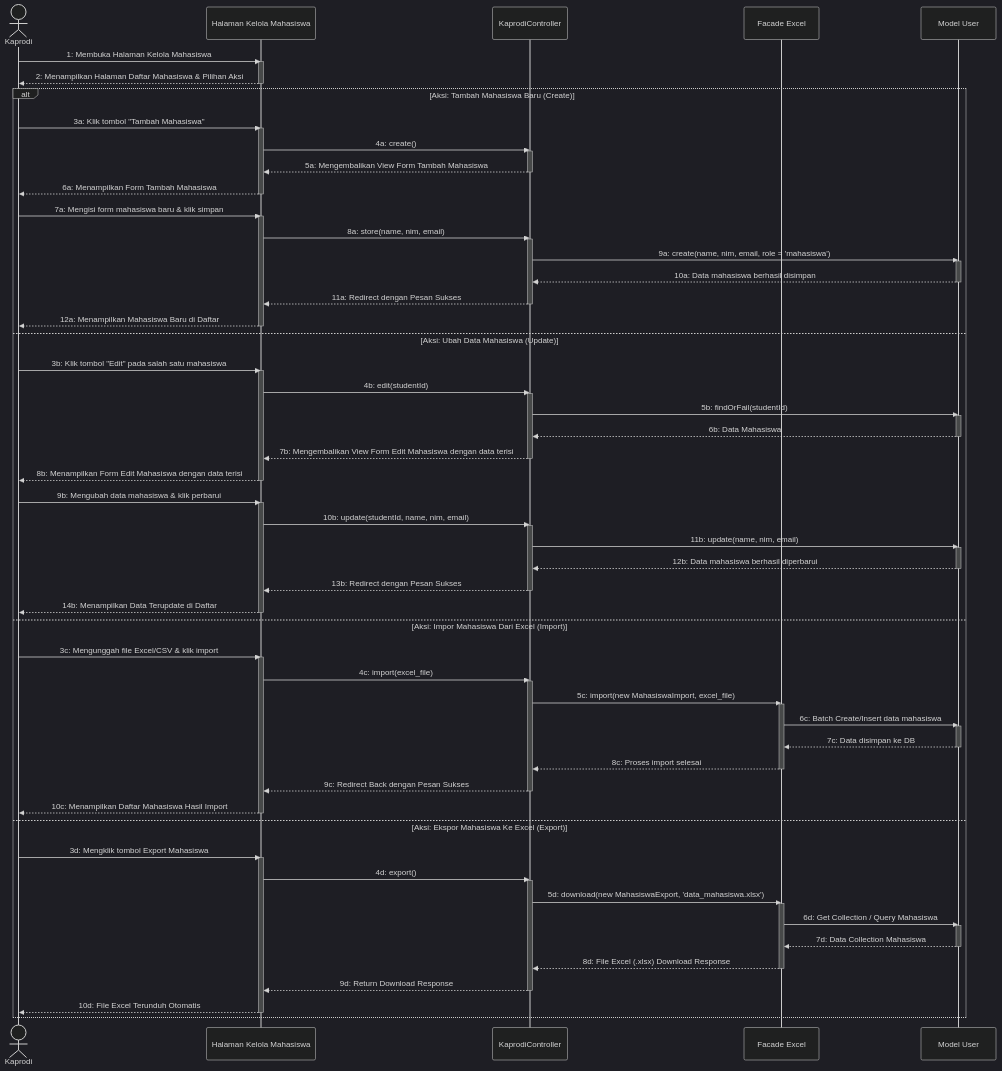
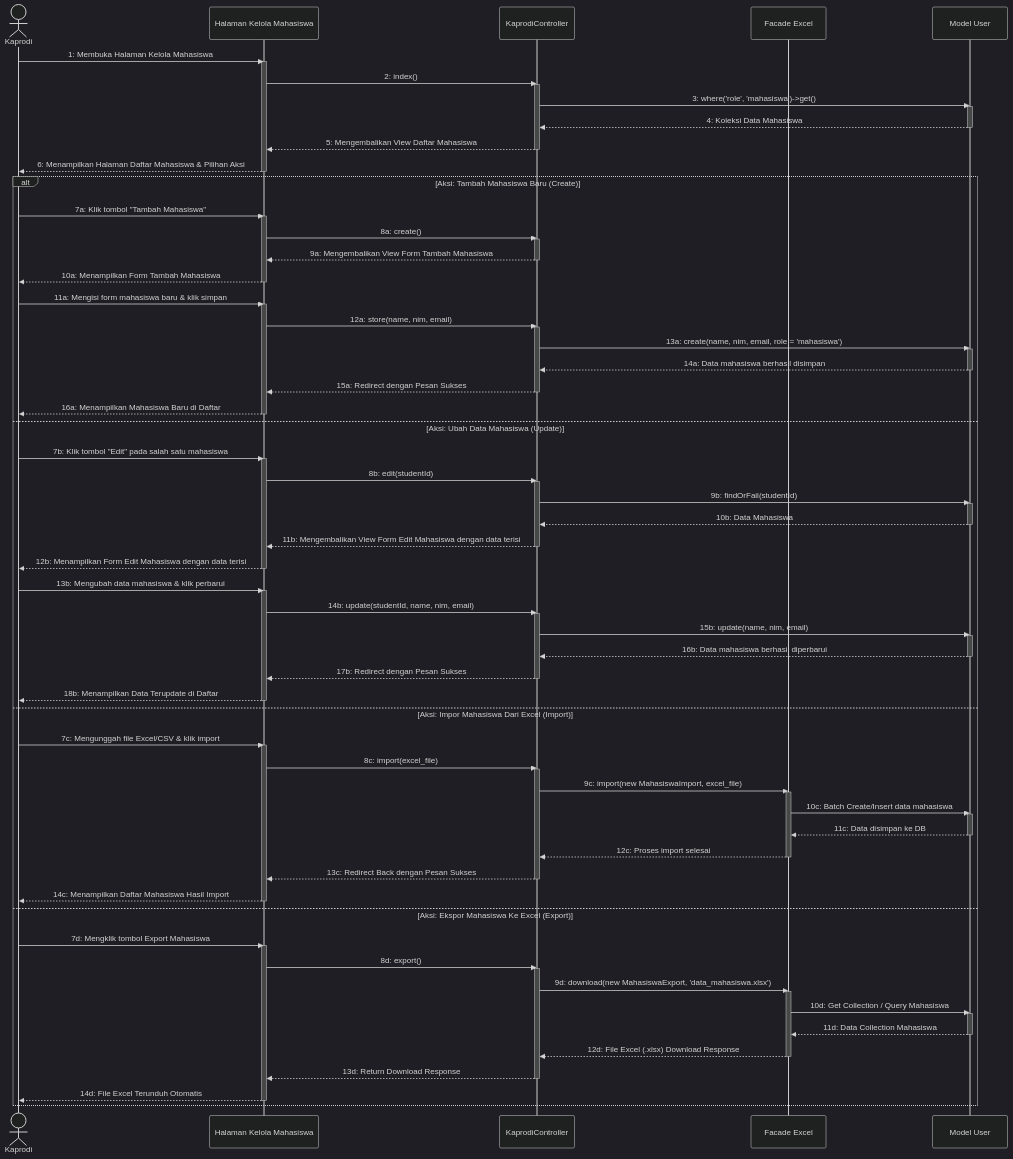
One commit to Duandi04/ta_submission changed the diagram in docs/uml/Sequence Diagram/Kaprodi/sequence_diagram_kelola_mahasiswa.md. Above: the diagram before and after it, drawn with Mermaid (dark theme). The commit also changed 7 other files, not shown here.

Commit message:
docs: add sequence diagrams for Kaprodi management and user profile features

````diff
--- a/docs/uml/Sequence Diagram/Kaprodi/sequence_diagram_kelola_mahasiswa.md
+++ b/docs/uml/Sequence Diagram/Kaprodi/sequence_diagram_kelola_mahasiswa.md
@@ -15,96 +15,104 @@
     %% ==========================================
     Kaprodi->>UI: 1: Membuka Halaman Kelola Mahasiswa
     activate UI
-    UI-->>Kaprodi: 2: Menampilkan Halaman Daftar Mahasiswa & Pilihan Aksi
+    UI->>Ctrl: 2: index()
+    activate Ctrl
+    Ctrl->>Model: 3: where('role', 'mahasiswa')->get()
+    activate Model
+    Model-->>Ctrl: 4: Koleksi Data Mahasiswa
+    deactivate Model
+    Ctrl-->>UI: 5: Mengembalikan View Daftar Mahasiswa
+    deactivate Ctrl
+    UI-->>Kaprodi: 6: Menampilkan Halaman Daftar Mahasiswa & Pilihan Aksi
     deactivate UI
 
     %% ==========================================
     %% TAHAP LANJUTAN: PILIHAN TINDAKAN (ALT BLOCK)
     %% ==========================================
     alt Aksi: Tambah Mahasiswa Baru (Create)
-        Kaprodi->>UI: 3a: Klik tombol "Tambah Mahasiswa"
+        Kaprodi->>UI: 7a: Klik tombol "Tambah Mahasiswa"
         activate UI
-        UI->>Ctrl: 4a: create()
+        UI->>Ctrl: 8a: create()
         activate Ctrl
-        Ctrl-->>UI: 5a: Mengembalikan View Form Tambah Mahasiswa
+        Ctrl-->>UI: 9a: Mengembalikan View Form Tambah Mahasiswa
         deactivate Ctrl
-        UI-->>Kaprodi: 6a: Menampilkan Form Tambah Mahasiswa
+        UI-->>Kaprodi: 10a: Menampilkan Form Tambah Mahasiswa
         deactivate UI
         
-        Kaprodi->>UI: 7a: Mengisi form mahasiswa baru & klik simpan
+        Kaprodi->>UI: 11a: Mengisi form mahasiswa baru & klik simpan
         activate UI
-        UI->>Ctrl: 8a: store(name, nim, email)
+        UI->>Ctrl: 12a: store(name, nim, email)
         activate Ctrl
-        Ctrl->>Model: 9a: create(name, nim, email, role = 'mahasiswa')
+        Ctrl->>Model: 13a: create(name, nim, email, role = 'mahasiswa')
         activate Model
-        Model-->>Ctrl: 10a: Data mahasiswa berhasil disimpan
+        Model-->>Ctrl: 14a: Data mahasiswa berhasil disimpan
         deactivate Model
-        Ctrl-->>UI: 11a: Redirect dengan Pesan Sukses
+        Ctrl-->>UI: 15a: Redirect dengan Pesan Sukses
         deactivate Ctrl
-        UI-->>Kaprodi: 12a: Menampilkan Mahasiswa Baru di Daftar
+        UI-->>Kaprodi: 16a: Menampilkan Mahasiswa Baru di Daftar
         deactivate UI
 
     else Aksi: Ubah Data Mahasiswa (Update)
-        Kaprodi->>UI: 3b: Klik tombol "Edit" pada salah satu mahasiswa
+        Kaprodi->>UI: 7b: Klik tombol "Edit" pada salah satu mahasiswa
         activate UI
-        UI->>Ctrl: 4b: edit(studentId)
+        UI->>Ctrl: 8b: edit(studentId)
         activate Ctrl
-        Ctrl->>Model: 5b: findOrFail(studentId)
+        Ctrl->>Model: 9b: findOrFail(studentId)
         activate Model
-        Model-->>Ctrl: 6b: Data Mahasiswa
+        Model-->>Ctrl: 10b: Data Mahasiswa
         deactivate Model
-        Ctrl-->>UI: 7b: Mengembalikan View Form Edit Mahasiswa dengan data terisi
+        Ctrl-->>UI: 11b: Mengembalikan View Form Edit Mahasiswa dengan data terisi
         deactivate Ctrl
-        UI-->>Kaprodi: 8b: Menampilkan Form Edit Mahasiswa dengan data terisi
+        UI-->>Kaprodi: 12b: Menampilkan Form Edit Mahasiswa dengan data terisi
         deactivate UI
 
-        Kaprodi->>UI: 9b: Mengubah data mahasiswa & klik perbarui
+        Kaprodi->>UI: 13b: Mengubah data mahasiswa & klik perbarui
         activate UI
-        UI->>Ctrl: 10b: update(studentId, name, nim, email)
+        UI->>Ctrl: 14b: update(studentId, name, nim, email)
         activate Ctrl
-        Ctrl->>Model: 11b: update(name, nim, email)
+        Ctrl->>Model: 15b: update(name, nim, email)
         activate Model
-        Model-->>Ctrl: 12b: Data mahasiswa berhasil diperbarui
+        Model-->>Ctrl: 16b: Data mahasiswa berhasil diperbarui
         deactivate Model
-        Ctrl-->>UI: 13b: Redirect dengan Pesan Sukses
+        Ctrl-->>UI: 17b: Redirect dengan Pesan Sukses
         deactivate Ctrl
-        UI-->>Kaprodi: 14b: Menampilkan Data Terupdate di Daftar
+        UI-->>Kaprodi: 18b: Menampilkan Data Terupdate di Daftar
         deactivate UI
 
     else Aksi: Impor Mahasiswa Dari Excel (Import)
-        Kaprodi->>UI: 3c: Mengunggah file Excel/CSV & klik import
+        Kaprodi->>UI: 7c: Mengunggah file Excel/CSV & klik import
         activate UI
-        UI->>Ctrl: 4c: import(excel_file)
+        UI->>Ctrl: 8c: import(excel_file)
         activate Ctrl
-        Ctrl->>Excel: 5c: import(new MahasiswaImport, excel_file)
+        Ctrl->>Excel: 9c: import(new MahasiswaImport, excel_file)
         activate Excel
-        Excel->>Model: 6c: Batch Create/Insert data mahasiswa
+        Excel->>Model: 10c: Batch Create/Insert data mahasiswa
         activate Model
-        Model-->>Excel: 7c: Data disimpan ke DB
+        Model-->>Excel: 11c: Data disimpan ke DB
         deactivate Model
-        Excel-->>Ctrl: 8c: Proses import selesai
+        Excel-->>Ctrl: 12c: Proses import selesai
         deactivate Excel
-        Ctrl-->>UI: 9c: Redirect Back dengan Pesan Sukses
+        Ctrl-->>UI: 13c: Redirect Back dengan Pesan Sukses
         deactivate Ctrl
-        UI-->>Kaprodi: 10c: Menampilkan Daftar Mahasiswa Hasil Import
+        UI-->>Kaprodi: 14c: Menampilkan Daftar Mahasiswa Hasil Import
         deactivate UI
 
     else Aksi: Ekspor Mahasiswa Ke Excel (Export)
-        Kaprodi->>UI: 3d: Mengklik tombol Export Mahasiswa
+        Kaprodi->>UI: 7d: Mengklik tombol Export Mahasiswa
         activate UI
-        UI->>Ctrl: 4d: export()
+        UI->>Ctrl: 8d: export()
         activate Ctrl
-        Ctrl->>Excel: 5d: download(new MahasiswaExport, 'data_mahasiswa.xlsx')
+        Ctrl->>Excel: 9d: download(new MahasiswaExport, 'data_mahasiswa.xlsx')
         activate Excel
-        Excel->>Model: 6d: Get Collection / Query Mahasiswa
+        Excel->>Model: 10d: Get Collection / Query Mahasiswa
         activate Model
-        Model-->>Excel: 7d: Data Collection Mahasiswa
+        Model-->>Excel: 11d: Data Collection Mahasiswa
         deactivate Model
-        Excel-->>Ctrl: 8d: File Excel (.xlsx) Download Response
+        Excel-->>Ctrl: 12d: File Excel (.xlsx) Download Response
         deactivate Excel
-        Ctrl-->>UI: 9d: Return Download Response
+        Ctrl-->>UI: 13d: Return Download Response
         deactivate Ctrl
-        UI-->>Kaprodi: 10d: File Excel Terunduh Otomatis
+        UI-->>Kaprodi: 14d: File Excel Terunduh Otomatis
         deactivate UI
     end
 ```
````
